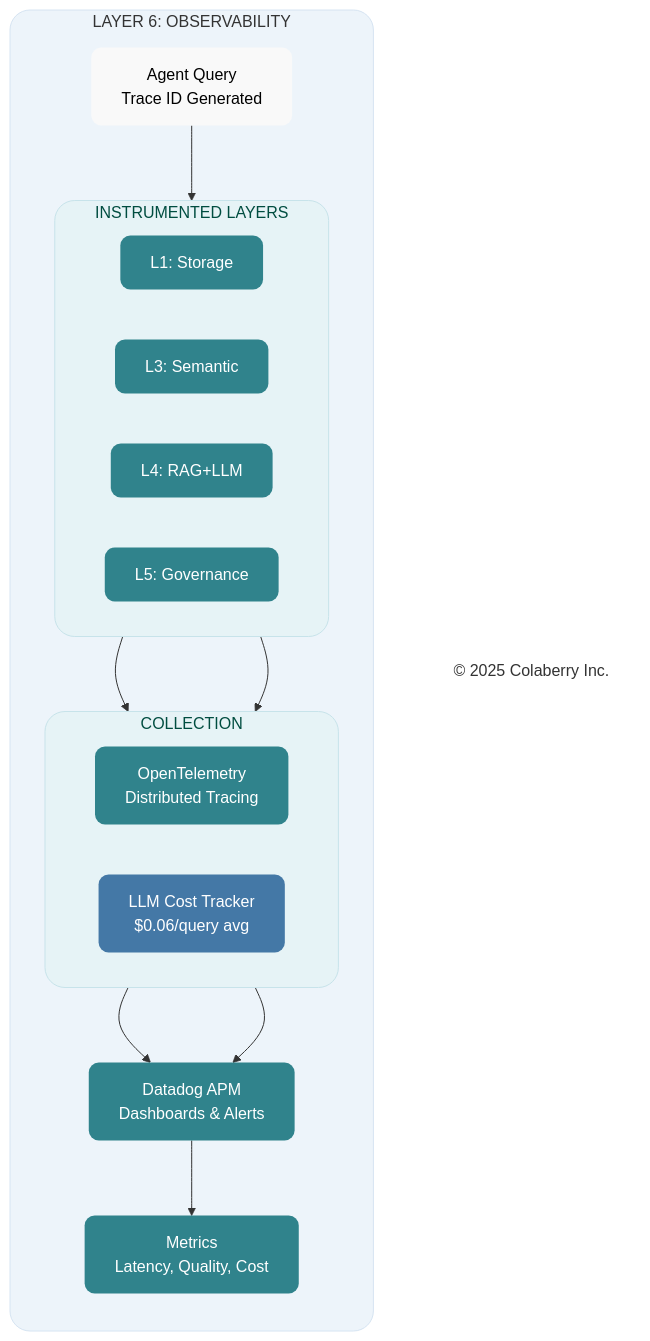
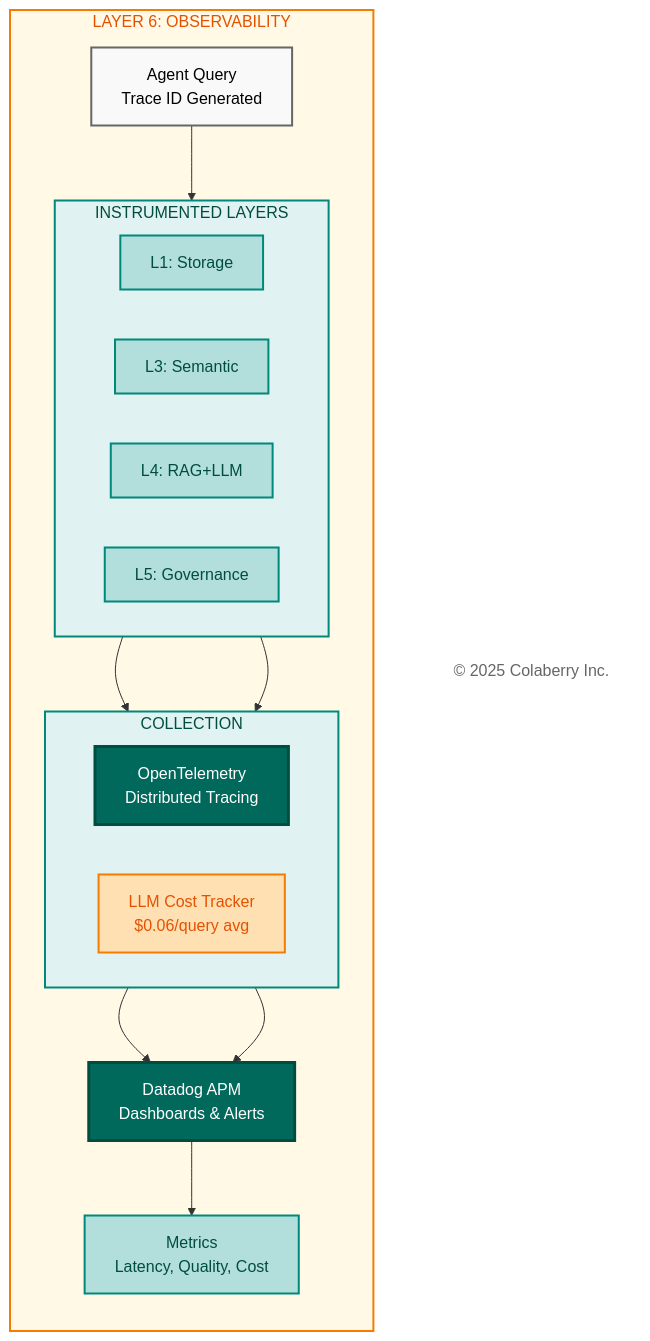
Before and after one commit to saitejesh-cyber/trust-before-intelligence-book: the seventh of 14 diagrams in manuscript/07_chapter_6_transparency_orchestration_layers.md, drawn with Mermaid. The commit also changed other lines of this file and 12 other files, not shown here.

Commit message:
Restore legacy Mermaid styles for Option 1

````diff
--- a/manuscript/07_chapter_6_transparency_orchestration_layers.md
+++ b/manuscript/07_chapter_6_transparency_orchestration_layers.md
@@ -579,49 +575,49 @@
 ```mermaid
 
 graph TB
     subgraph LAYER6["LAYER 6: OBSERVABILITY"]
         direction TB
         Query["Agent Query<br/>Trace ID Generated"]
         
         subgraph LAYERS["INSTRUMENTED LAYERS"]
             direction LR
             L1["L1: Storage"]
             L3["L3: Semantic"]
             L4["L4: RAG+LLM"]
             L5["L5: Governance"]
         end
         
         subgraph COLLECTION["COLLECTION"]
             direction LR
             OTEL["OpenTelemetry<br/>Distributed Tracing"]
             LLM["LLM Cost Tracker<br/>$0.06/query avg"]
         end
         
         DD["Datadog APM<br/>Dashboards & Alerts"]
         Metrics["Metrics<br/>Latency, Quality, Cost"]
     end
     
     Copyright["© 2025 Colaberry Inc."]
     
     Query --> LAYERS
     LAYERS --> OTEL
     L4 --> LLM
     OTEL --> DD
     LLM --> DD
     DD --> Metrics
     
-    style LAYER6 fill:#edf4fa,stroke:#d6e4f2,stroke-width:1px,color:#333333,rx:20,ry:20
-    style Query fill:#f9f9f9,stroke:none,color:#000000,rx:10,ry:10
-    style LAYERS fill:#e6f3f6,stroke:#c7e3ea,stroke-width:1px,color:#004d40,rx:20,ry:20
-    style L1 fill:#30838C,stroke:none,color:#ffffff,rx:10,ry:10
-    style L3 fill:#30838C,stroke:none,color:#ffffff,rx:10,ry:10
-    style L4 fill:#30838C,stroke:none,color:#ffffff,rx:10,ry:10
-    style L5 fill:#30838C,stroke:none,color:#ffffff,rx:10,ry:10
-    style COLLECTION fill:#e6f3f6,stroke:#c7e3ea,stroke-width:1px,color:#004d40,rx:20,ry:20
-    style OTEL fill:#30838C,stroke:none,color:#ffffff,rx:10,ry:10
-    style LLM fill:#4478A6,stroke:none,color:#ffffff,rx:10,ry:10
-    style DD fill:#30838C,stroke:none,color:#ffffff,rx:10,ry:10
-    style Metrics fill:#30838C,stroke:none,color:#ffffff,rx:10,ry:10
-    style Copyright fill:none,stroke:none,color:#333333
+    style LAYER6 fill:#fff9e6,stroke:#f57c00,stroke-width:2px,color:#e65100
+    style Query fill:#f9f9f9,stroke:#666666,stroke-width:2px,color:#000000
+    style LAYERS fill:#e0f2f1,stroke:#00897b,stroke-width:2px,color:#004d40
+    style L1 fill:#b2dfdb,stroke:#00897b,stroke-width:2px,color:#004d40
+    style L3 fill:#b2dfdb,stroke:#00897b,stroke-width:2px,color:#004d40
+    style L4 fill:#b2dfdb,stroke:#00897b,stroke-width:2px,color:#004d40
+    style L5 fill:#b2dfdb,stroke:#00897b,stroke-width:2px,color:#004d40
+    style COLLECTION fill:#e0f2f1,stroke:#00897b,stroke-width:2px,color:#004d40
+    style OTEL fill:#00695c,color:#ffffff,stroke:#004d40,stroke-width:3px
+    style LLM fill:#ffe0b2,stroke:#f57c00,stroke-width:2px,color:#e65100
+    style DD fill:#00695c,color:#ffffff,stroke:#004d40,stroke-width:3px
+    style Metrics fill:#b2dfdb,stroke:#00897b,stroke-width:2px,color:#004d40
+    style Copyright fill:#ffffff,stroke:none,color:#666666
 
 ```
````
